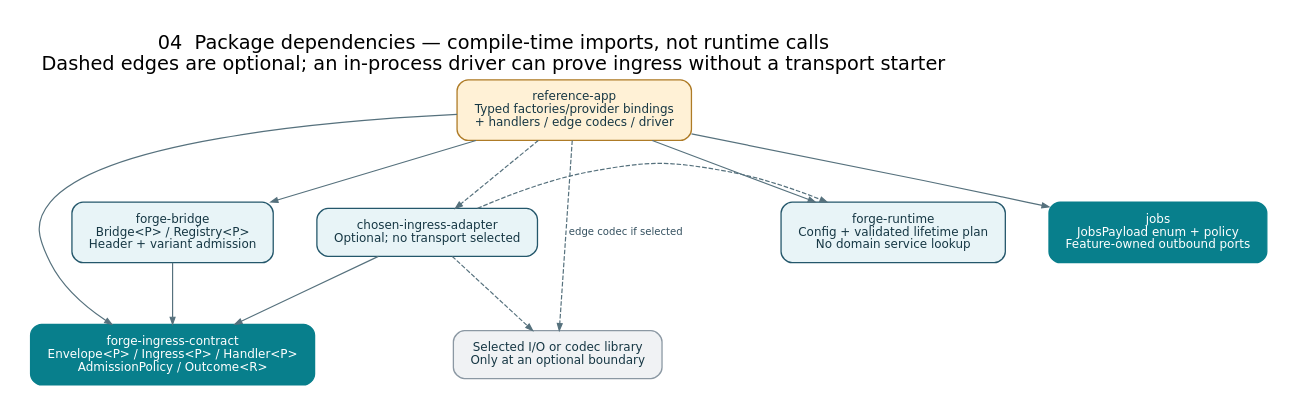
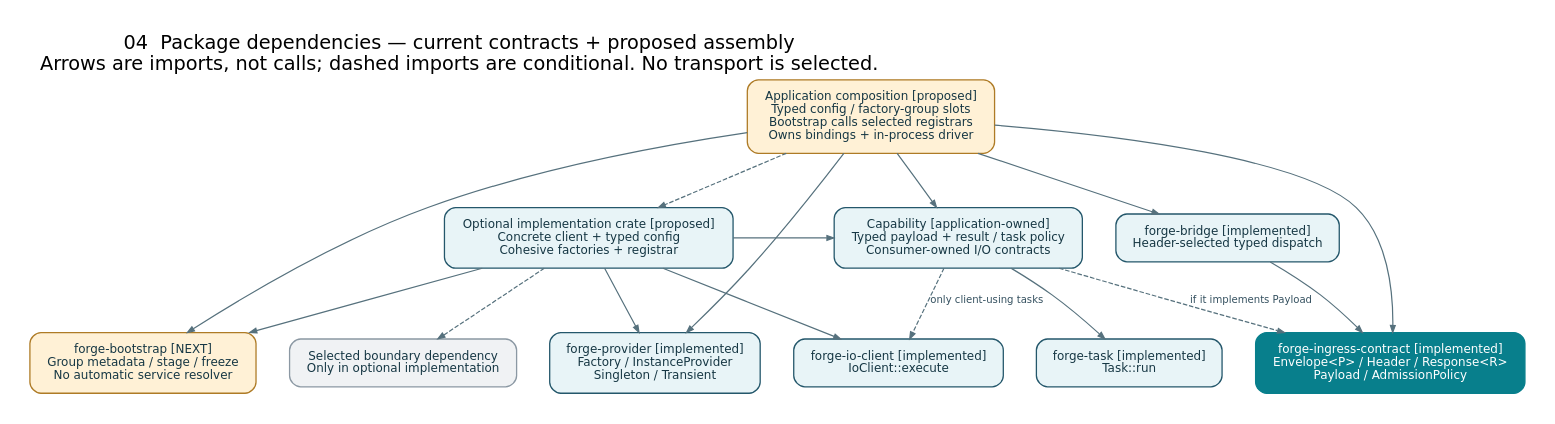
Before and after one commit to roachmaster/homelab: the diagram in docs/architecture/diagrams/04-package-dependencies.dot, drawn with Graphviz. The commit also changed 19 other files, not shown here.

Commit message:
Define typed bootstrap registrars and next core assembly plan

```diff
--- a/docs/architecture/diagrams/04-package-dependencies.dot
+++ b/docs/architecture/diagrams/04-package-dependencies.dot
@@ -1,20 +1,27 @@
 digraph Packages {
-graph [fontname="DejaVu Sans", fontsize=21, labelloc=t, labeljust=l, pad=0.35, nodesep=0.65, ranksep=0.9, bgcolor="white"]; node [shape=box, style="rounded,filled", fontname="DejaVu Sans", fontsize=13, margin="0.22,0.16", color="#24576b", fillcolor="#e8f4f7", fontcolor="#163744", penwidth=1.4]; edge [fontname="DejaVu Sans", fontsize=11, color="#56717d", fontcolor="#34505f", penwidth=1.3, arrowsize=0.75];
-rankdir=TB; label="04  Package dependencies — compile-time imports, not runtime calls\nDashed edges are optional; an in-process driver can prove ingress without a transport starter";
-app [label="reference-app\nTyped factories/provider bindings\n+ handlers / edge codecs / driver", fillcolor="#fff1d6", color="#ae7b26"];
-adapter [label="chosen-ingress-adapter\nOptional; no transport selected"];
-runtime [label="forge-runtime\nConfig + validated lifetime plan\nNo domain service lookup"];
-bridge [label="forge-bridge\nBridge<P> / Registry<P>\nHeader + variant admission"];
-contract [label="forge-ingress-contract\nEnvelope<P> / Ingress<P> / Handler<P>\nAdmissionPolicy / Outcome<R>", fillcolor="#087f8c", color="#087f8c", fontcolor="white"];
-feature [label="jobs\nJobsPayload enum + policy\nFeature-owned outbound ports", fillcolor="#087f8c", color="#087f8c", fontcolor="white"];
-transport [label="Selected I/O or codec library\nOnly at an optional boundary", fillcolor="#f0f2f4", color="#8b98a3"];
-app -> { runtime bridge feature contract };
-app -> adapter [style=dashed];
-app -> transport [style=dashed, label="edge codec if selected"];
-adapter -> contract;
-adapter -> runtime [style=dashed];
-adapter -> transport [style=dashed];
+graph [fontname="DejaVu Sans", fontsize=21, labelloc=t, labeljust=l, pad=0.35, nodesep=0.5, ranksep=0.8, bgcolor="white"];
+node [shape=box, style="rounded,filled", fontname="DejaVu Sans", fontsize=13, margin="0.22,0.16", color="#24576b", fillcolor="#e8f4f7", fontcolor="#163744", penwidth=1.4];
+edge [fontname="DejaVu Sans", fontsize=11, color="#56717d", fontcolor="#34505f", penwidth=1.3, arrowsize=0.75];
+rankdir=TB; label="04  Package dependencies — current contracts + proposed assembly\nArrows are imports, not calls; dashed imports are conditional. No transport is selected.";
+app [label="Application composition [proposed]\nTyped config / factory-group slots\nBootstrap calls selected registrars\nOwns bindings + in-process driver", fillcolor="#fff1d6", color="#ae7b26"];
+feature [label="Capability [application-owned]\nTyped payload + result / task policy\nConsumer-owned I/O contracts"];
+impl [label="Optional implementation crate [proposed]\nConcrete client + typed config\nCohesive factories + registrar"];
+bootstrap [label="forge-bootstrap [NEXT]\nGroup metadata / stage / freeze\nNo automatic service resolver", fillcolor="#fff1d6", color="#ae7b26"];
+bridge [label="forge-bridge [implemented]\nHeader-selected typed dispatch"];
+contract [label="forge-ingress-contract [implemented]\nEnvelope<P> / Header / Response<R>\nPayload / AdmissionPolicy", fillcolor="#087f8c", color="#087f8c", fontcolor="white"];
+provider [label="forge-provider [implemented]\nFactory / InstanceProvider\nSingleton / Transient"];
+task [label="forge-task [implemented]\nTask::run"];
+io [label="forge-io-client [implemented]\nIoClient::execute"];
+boundary [label="Selected boundary dependency\nOnly in optional implementation", fillcolor="#f0f2f4", color="#8b98a3"];
+app -> {feature bootstrap bridge provider contract};
+app -> impl [style=dashed];
+feature -> task;
+feature -> contract [style=dashed, label="if it implements Payload"];
+feature -> io [style=dashed, label="only client-using tasks"];
+impl -> {io provider bootstrap};
+impl -> feature;
+impl -> boundary [style=dashed];
 bridge -> contract;
-{rank=same; adapter; runtime; bridge; feature;}
-{rank=same; contract; transport;}
+{rank=same; impl; feature; bridge;}
+{rank=same; bootstrap; provider; task; io; contract; boundary;}
 }
```
